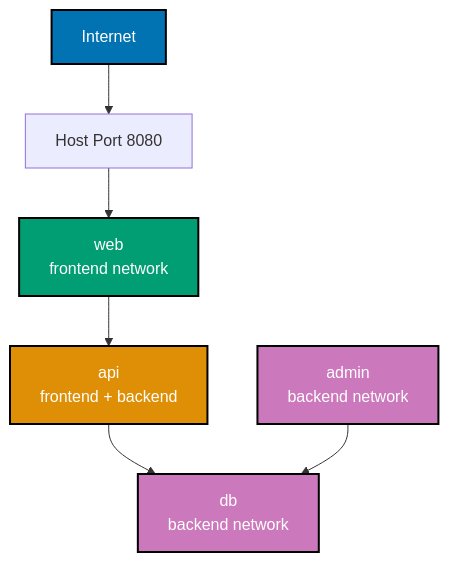
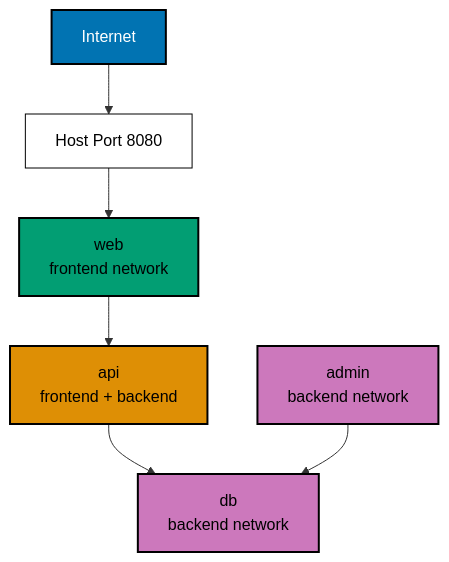
Before and after one commit to wahidyankf/ose-public: the eighth of 8 diagrams in apps/ayokoding-www/content/en/learn/legacy/software-engineering/infrastructure/tools/docker/by-example/beginner.md, drawn with Mermaid. The commit also changed other lines of this file and 131 other files, not shown here.

First line of the commit message:
fix(mermaid): bring the legacy data, infrastructure, and testing diagrams onto the accessible palette

````diff
--- a/apps/ayokoding-www/content/en/learn/legacy/software-engineering/infrastructure/tools/docker/by-example/beginner.md
+++ b/apps/ayokoding-www/content/en/learn/legacy/software-engineering/infrastructure/tools/docker/by-example/beginner.md
@@ -2553,16 +2595,23 @@
 ```mermaid
 %% Color Palette: Blue #0173B2, Orange #DE8F05, Teal #029E73, Purple #CC78BC, Brown #CA9161
 %% Network segmentation topology
 graph TD
+ accTitle: => pgAdmin connects to db on backend network using db hostname
+ accDescr: Graph with 6 nodes and 5 connections. Nodes: Internet, Host Port 8080, web frontend network, api frontend + backend, db backend network, admin backend network. Connections: Internet to Host Port 8080, Host Port 8080 to web frontend network, web frontend network to api frontend + backend, api frontend + backend to db backend network, admin backend network to db backend network.
  A["Internet"] --> B["Host Port 8080"]
  B --> C["web<br/>frontend network"]
  C --> D["api<br/>frontend + backend"]
  D --> E["db<br/>backend network"]
  F["admin<br/>backend network"] --> E
 
- style A fill:#0173B2,stroke:#000000,stroke-width:2px,color:#fff
- style C fill:#029E73,stroke:#000000,stroke-width:2px,color:#fff
- style D fill:#DE8F05,stroke:#000000,stroke-width:2px,color:#fff
- style E fill:#CC78BC,stroke:#000000,stroke-width:2px,color:#fff
- style F fill:#CC78BC,stroke:#000000,stroke-width:2px,color:#fff
+ classDef pal-0173B2 fill:#0173B2,stroke:#000000,color:#FFFFFF,stroke-width:2px
+ class A pal-0173B2
+ classDef pal-029E73 fill:#029E73,stroke:#000000,color:#000000,stroke-width:2px
+ class C pal-029E73
+ classDef pal-DE8F05 fill:#DE8F05,stroke:#000000,color:#000000,stroke-width:2px
+ class D pal-DE8F05
+ classDef pal-CC78BC fill:#CC78BC,stroke:#000000,color:#000000,stroke-width:2px
+ class E pal-CC78BC
+ class F pal-CC78BC
+ classDef default fill:#FFFFFF,stroke:#000000,color:#000000
 ```
````
